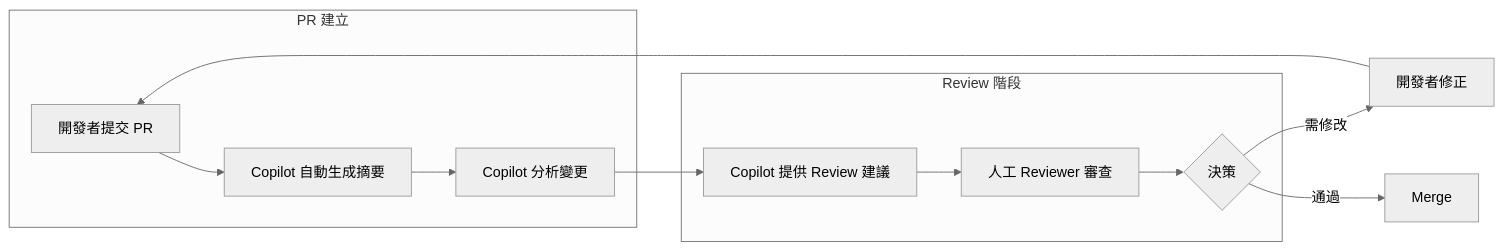
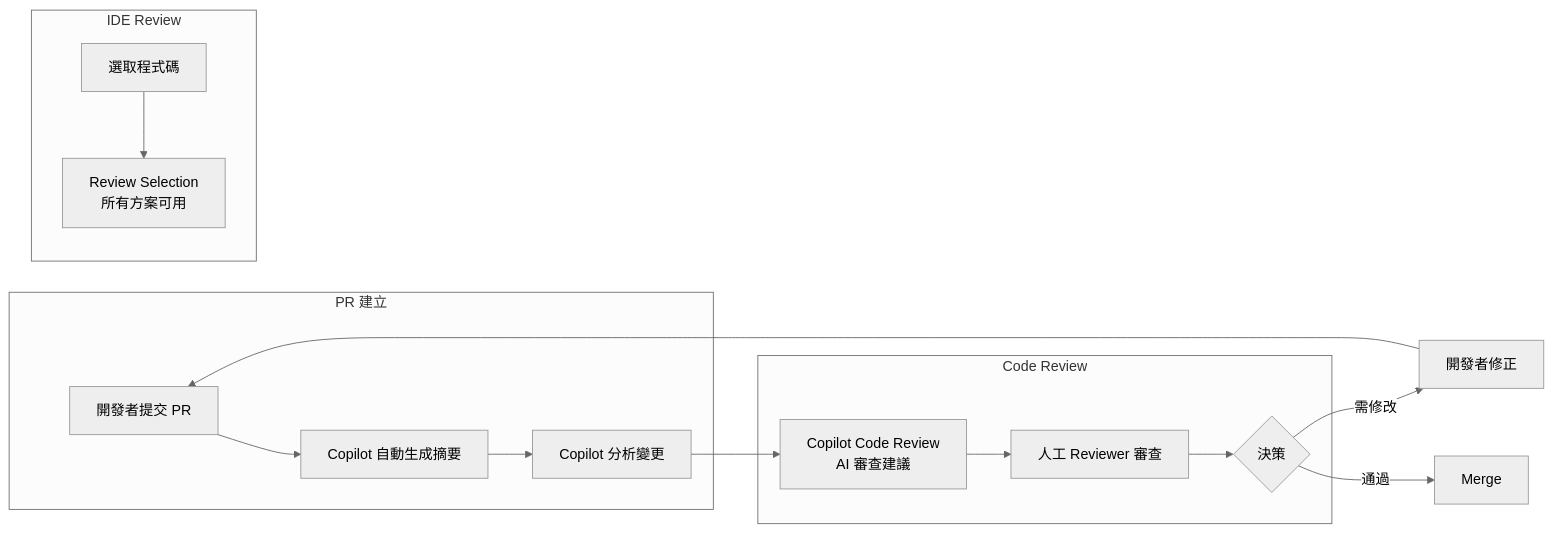
One commit to chihhung/Blog changed the seventh of 20 diagrams in content/posts/教學/AI開發/github copilot生態圈教學手冊.md. Above: the diagram before and after it, drawn with Mermaid (neutral theme). The commit also changed other lines of this file and 2 other files, not shown here.

````diff
--- a/content/posts/教學/AI開發/github copilot生態圈教學手冊.md
+++ b/content/posts/教學/AI開發/github copilot生態圈教學手冊.md
@@ -931,17 +1189,21 @@
 ```mermaid
 flowchart LR
     subgraph "PR 建立"
         A[開發者提交 PR] --> B[Copilot 自動生成摘要]
         B --> C[Copilot 分析變更]
     end
     
-    subgraph "Review 階段"
-        C --> D[Copilot 提供 Review 建議]
+    subgraph "Code Review"
+        C --> D[Copilot Code Review<br/>AI 審查建議]
         D --> E[人工 Reviewer 審查]
         E --> F{決策}
     end
     
-    F -->|需修改| G[開發者修正]
-    F -->|通過| H[Merge]
-    G --> A
+    subgraph "IDE Review"
+        G[選取程式碼] --> H[Review Selection<br/>所有方案可用]
+    end
+    
+    F -->|需修改| I[開發者修正]
+    F -->|通過| J[Merge]
+    I --> A
 ```
````
